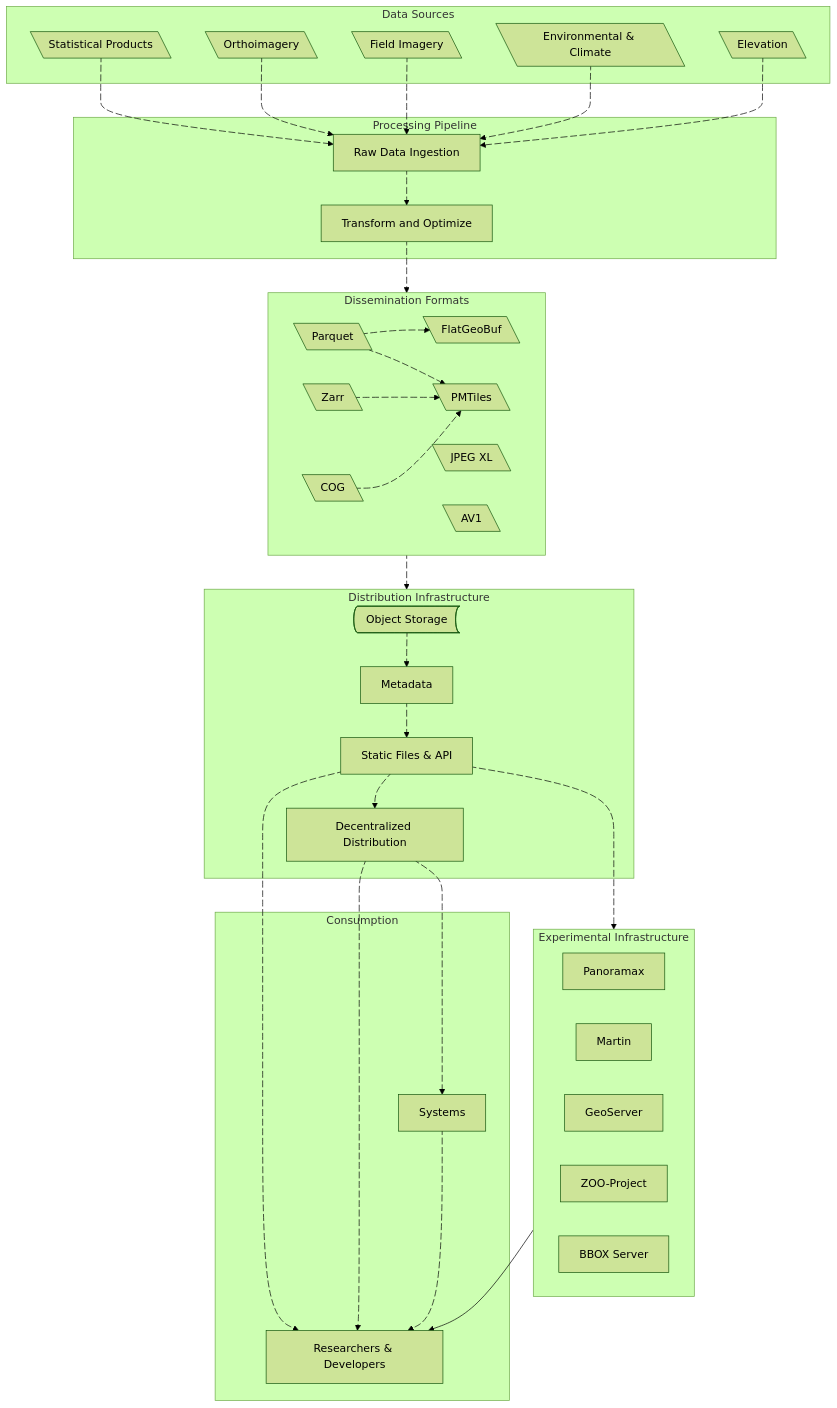
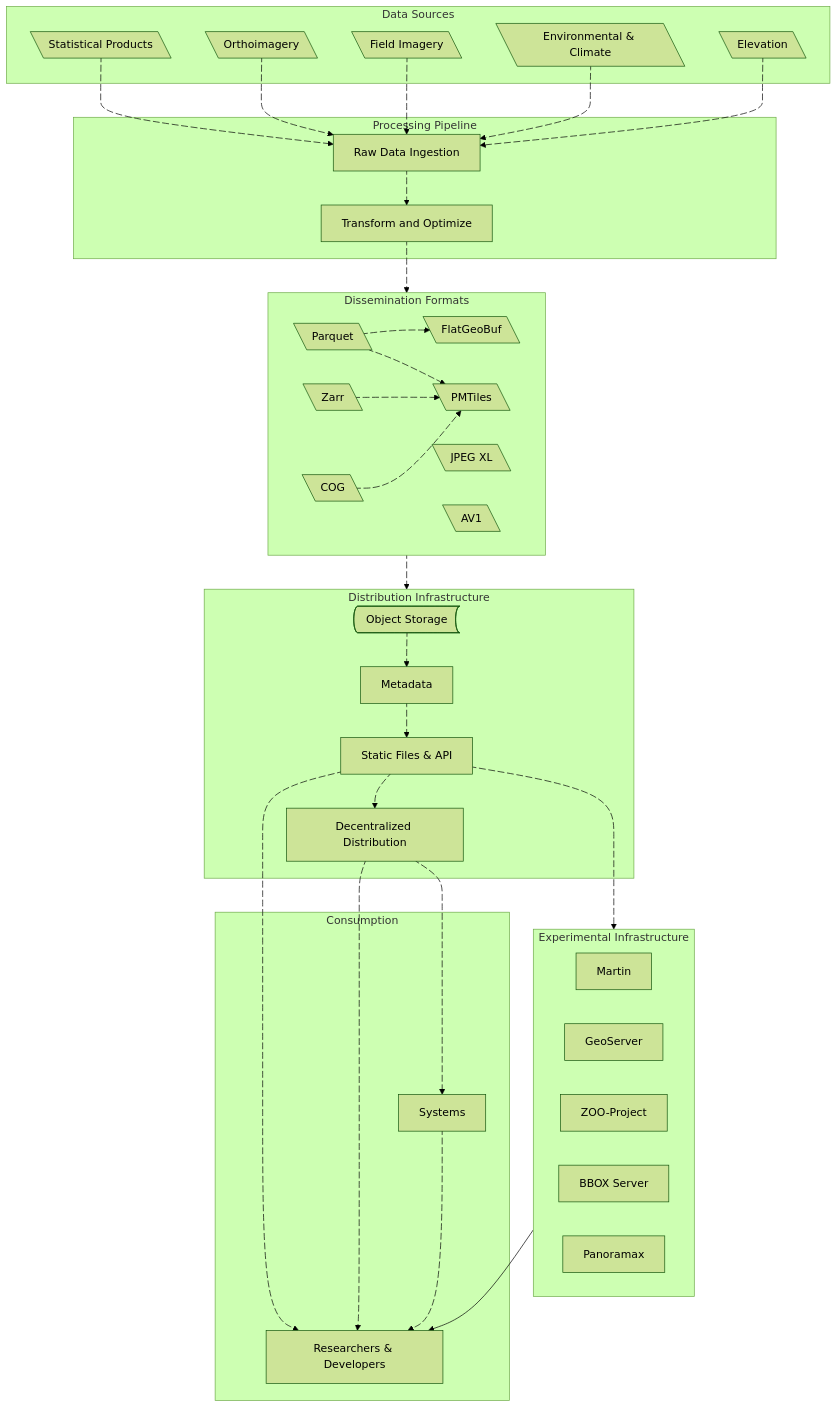
The diagram in content/_index.md (dataforcanada/www.dataforcanada.org), drawn with Mermaid (forest theme) before and after one commit. The commit also changed other lines of this file, not shown here.

Commit message:
Change order of experimental infrastructure items in homepage high-level overview diagram

```diff
--- a/content/_index.md
+++ b/content/_index.md
@@ -53,11 +53,11 @@
     end
 
     subgraph ei [Experimental Infrastructure]
-        Panoramax@{ shape: rect}
         Martin@{ shape: rect}
         GeoServer@{ shape: rect}
         ZOOProject@{ shape: rect, label: "ZOO-Project"}
         BBOXServer@{ shape: rect, label: "BBOX Server"}
+        Panoramax@{ shape: rect}
     end
 
     subgraph "Consumption"
```
